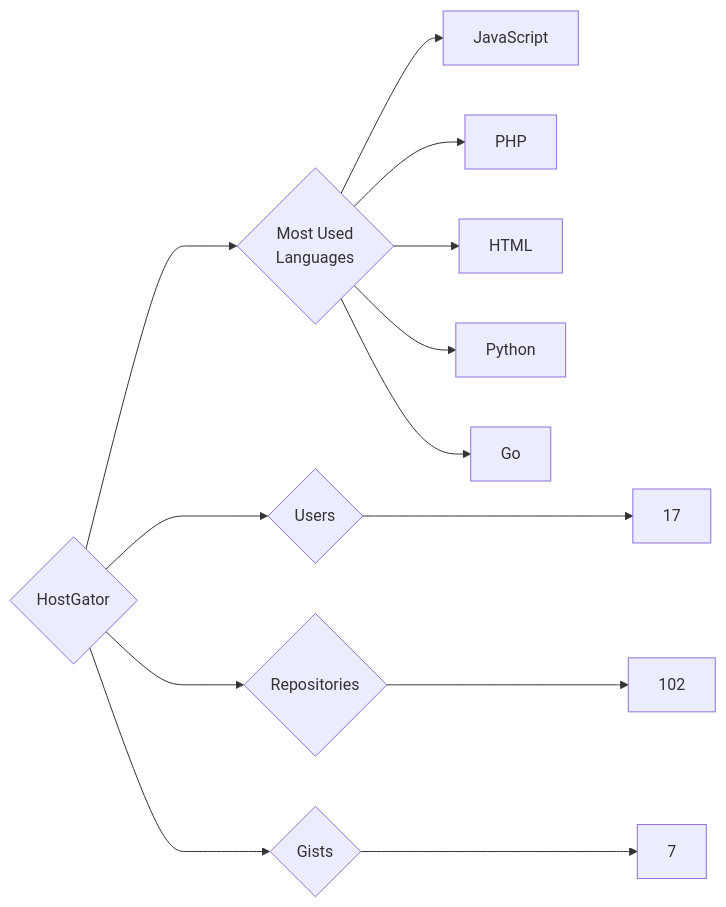
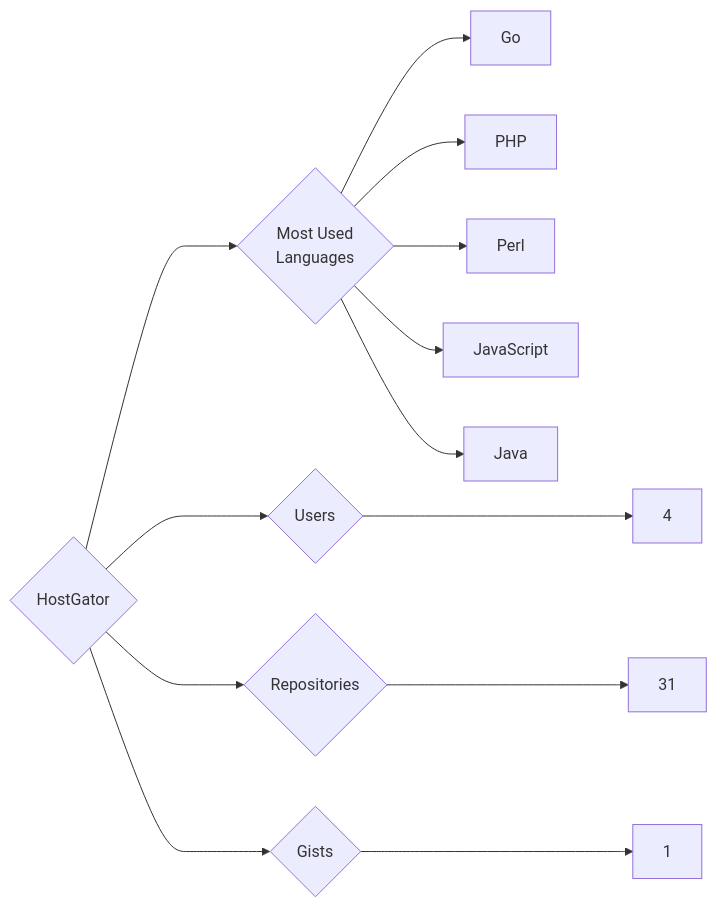
Before and after one commit to trickest/insiders: the diagram in targets/HostGator/README.md, drawn with Mermaid. The commit also changed 676 other files, not shown here.

````diff
--- a/targets/HostGator/README.md
+++ b/targets/HostGator/README.md
@@ -3,13 +3,13 @@
 ```mermaid
 graph LR
 COMPANY_NAME{HostGator}
-COMPANY_NAME ---> U{Users} ---> UN[17]
-COMPANY_NAME ---> R{Repositories} ---> RN[102]
-COMPANY_NAME ---> G{Gists} ---> GN[7]
+COMPANY_NAME ---> U{Users} ---> UN[4]
+COMPANY_NAME ---> R{Repositories} ---> RN[31]
+COMPANY_NAME ---> G{Gists} ---> GN[1]
 COMPANY_NAME ---> ML{Most Used<br>Languages}
+ML --> Go[Go]
+ML --> PHP[PHP]
+ML --> Perl[Perl]
 ML --> JavaScript[JavaScript]
-ML --> PHP[PHP]
-ML --> HTML[HTML]
-ML --> Python[Python]
-ML --> Go[Go]
+ML --> Java[Java]
 ```
````
